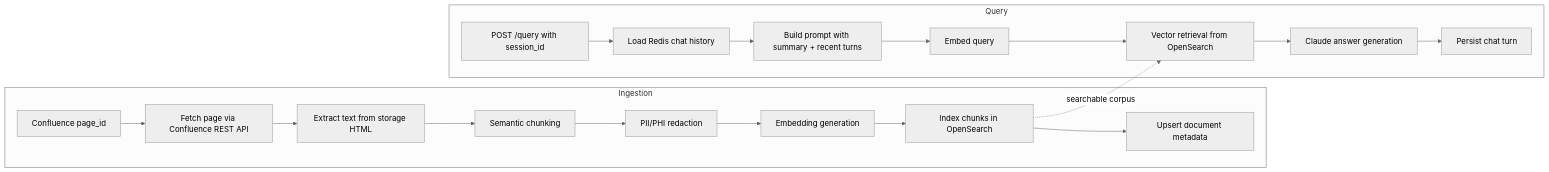
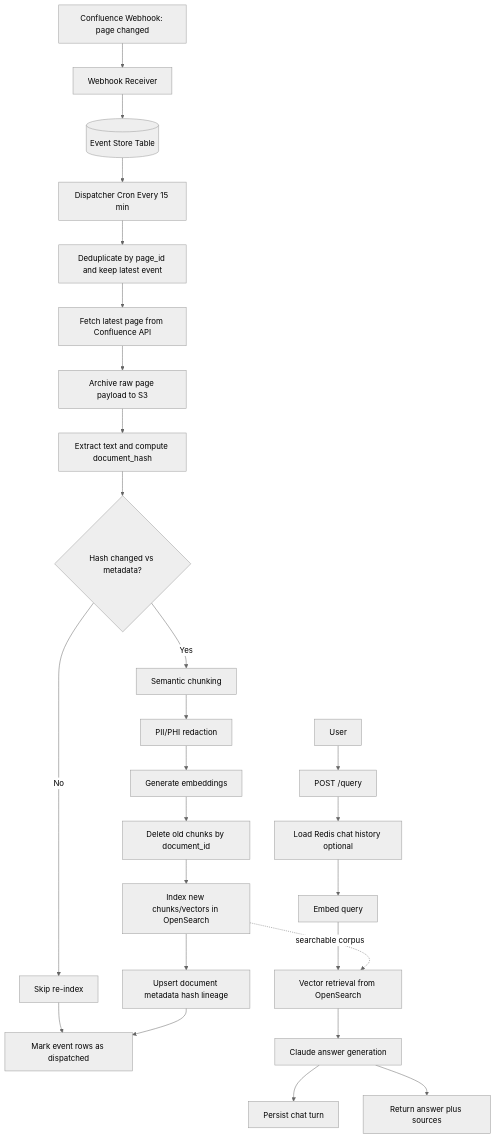
The first of 3 diagrams in README.md (UttamGiri/rag-pipeline), drawn with Mermaid (neutral theme) before and after one commit. The commit also changed other lines of this file, not shown here.

Commit message:
update read me file

````diff
--- a/README.md
+++ b/README.md
@@ -40,23 +41,35 @@
 ```mermaid
-flowchart LR
-    subgraph Ingestion
-        I1[Confluence page_id] --> I2[Fetch page via Confluence REST API]
-        I2 --> I3[Extract text from storage HTML]
-        I3 --> I4[Semantic chunking]
-        I4 --> I5[PII/PHI redaction]
-        I5 --> I6[Embedding generation]
-        I6 --> I7[Index chunks in OpenSearch]
-        I7 --> I8[Upsert document metadata]
-    end
+flowchart TD
+    %% ---------- Event Intake ----------
+    CW[Confluence Webhook: page changed] --> WH[Webhook Receiver]
+    WH --> ES[(Event Store Table)]
+    ES --> DQ[Dispatcher Cron Every 15 min]
+    DQ --> DD[Deduplicate by page_id and keep latest event]
 
-    subgraph Query
-        Q1[POST /query with session_id] --> Q2[Load Redis chat history]
-        Q2 --> Q3[Build prompt with summary + recent turns]
-        Q3 --> Q4[Embed query]
-        Q4 --> Q5[Vector retrieval from OpenSearch]
-        Q5 --> Q6[Claude answer generation]
-        Q6 --> Q7[Persist chat turn]
-    end
+    %% ---------- Ingestion ----------
+    DD --> P1[Fetch latest page from Confluence API]
+    P1 --> P2[Archive raw page payload to S3]
+    P2 --> P3[Extract text and compute document_hash]
+    P3 --> P4{Hash changed vs metadata?}
+    P4 -- No --> P5[Skip re-index]
+    P4 -- Yes --> P6[Semantic chunking]
+    P6 --> P7[PII/PHI redaction]
+    P7 --> P8[Generate embeddings]
+    P8 --> P9[Delete old chunks by document_id]
+    P9 --> P10[Index new chunks/vectors in OpenSearch]
+    P10 --> P11[Upsert document metadata hash lineage]
+    P5 --> PM[Mark event rows as dispatched]
+    P11 --> PM
 
-    I7 -. searchable corpus .-> Q5
+    %% ---------- Query ----------
+    U[User] --> Q1[POST /query]
+    Q1 --> Q2[Load Redis chat history optional]
+    Q2 --> Q3[Embed query]
+    Q3 --> Q4[Vector retrieval from OpenSearch]
+    Q4 --> Q5[Claude answer generation]
+    Q5 --> Q6[Persist chat turn]
+    Q5 --> QR[Return answer plus sources]
+
+    %% ---------- Shared data plane ----------
+    P10 -. searchable corpus .-> Q4
 ```
````
